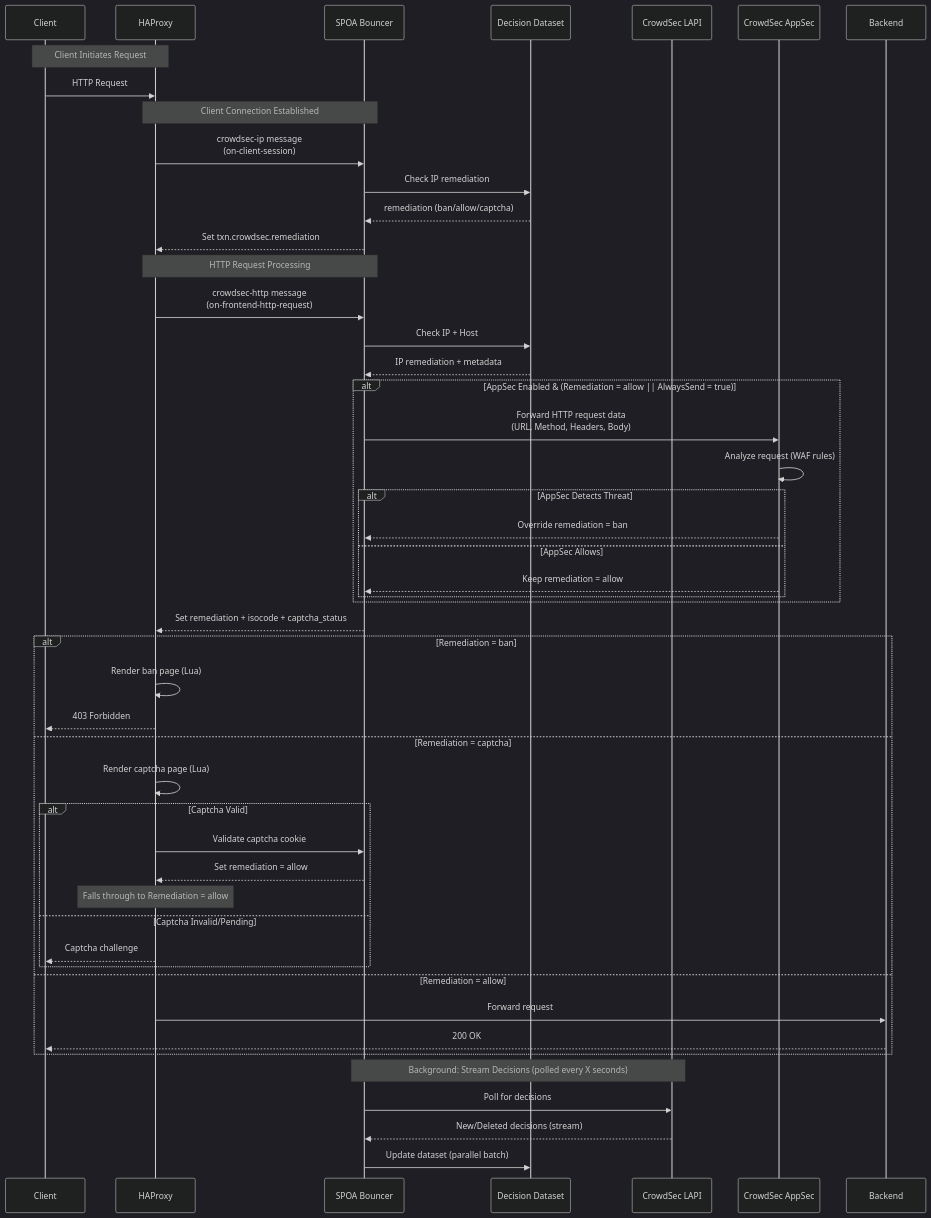
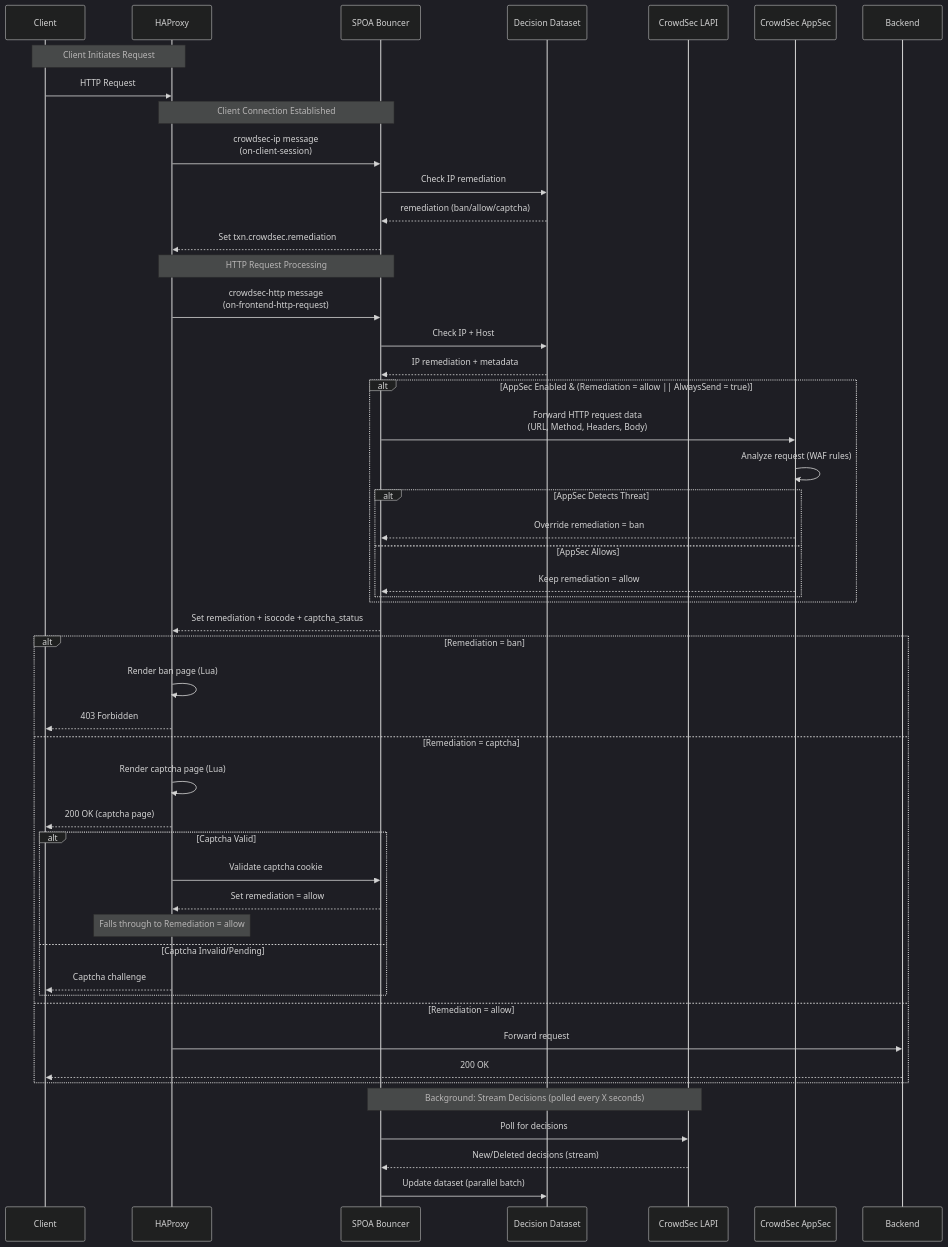
The diagram in README.md (crowdsecurity/cs-haproxy-spoa-bouncer), drawn with Mermaid (dark theme) before and after one commit.

Commit message:
docs: show 200 OK response when rendering captcha page

````diff
--- a/README.md
+++ b/README.md
@@ -22,58 +22,59 @@
 ```mermaid
 sequenceDiagram
     participant Client
     participant HAProxy
     participant SPOA as SPOA Bouncer
     participant Dataset as Decision Dataset
     participant CrowdSec as CrowdSec LAPI
     participant AppSec as CrowdSec AppSec
     participant Backend
 
     Note over Client,HAProxy: Client Initiates Request
     Client->>HAProxy: HTTP Request
     
     Note over HAProxy,SPOA: Client Connection Established
     HAProxy->>SPOA: crowdsec-ip message<br/>(on-client-session)
     SPOA->>Dataset: Check IP remediation
     Dataset-->>SPOA: remediation (ban/allow/captcha)
     SPOA-->>HAProxy: Set txn.crowdsec.remediation
     
     Note over HAProxy,SPOA: HTTP Request Processing
     HAProxy->>SPOA: crowdsec-http message<br/>(on-frontend-http-request)
     SPOA->>Dataset: Check IP + Host
     Dataset-->>SPOA: IP remediation + metadata
     
     alt AppSec Enabled & (Remediation = allow || AlwaysSend = true)
         SPOA->>AppSec: Forward HTTP request data<br/>(URL, Method, Headers, Body)
         AppSec->>AppSec: Analyze request (WAF rules)
         alt AppSec Detects Threat
             AppSec-->>SPOA: Override remediation = ban
         else AppSec Allows
             AppSec-->>SPOA: Keep remediation = allow
         end
     end
     
     SPOA-->>HAProxy: Set remediation + isocode + captcha_status
     
     alt Remediation = ban
         HAProxy->>HAProxy: Render ban page (Lua)
         HAProxy-->>Client: 403 Forbidden
     else Remediation = captcha
         HAProxy->>HAProxy: Render captcha page (Lua)
+        HAProxy-->>Client: 200 OK (captcha page)
         alt Captcha Valid
             HAProxy->>SPOA: Validate captcha cookie
             SPOA-->>HAProxy: Set remediation = allow
             Note over HAProxy: Falls through to Remediation = allow
         else Captcha Invalid/Pending
             HAProxy-->>Client: Captcha challenge
         end
     else Remediation = allow
         HAProxy->>Backend: Forward request
         Backend-->>Client: 200 OK
     end
     
     Note over SPOA,CrowdSec: Background: Stream Decisions (polled every X seconds)
     SPOA->>CrowdSec: Poll for decisions
     CrowdSec-->>SPOA: New/Deleted decisions (stream)
     SPOA->>Dataset: Update dataset (parallel batch)
 ```
````
